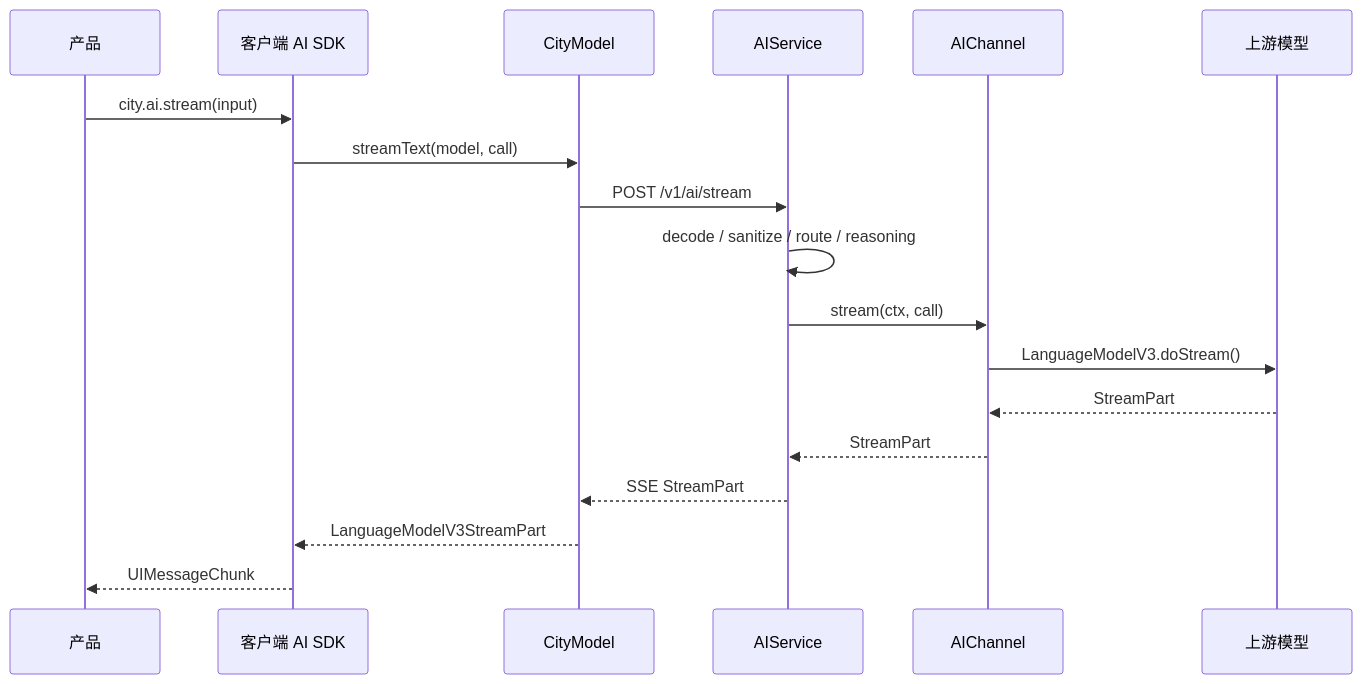
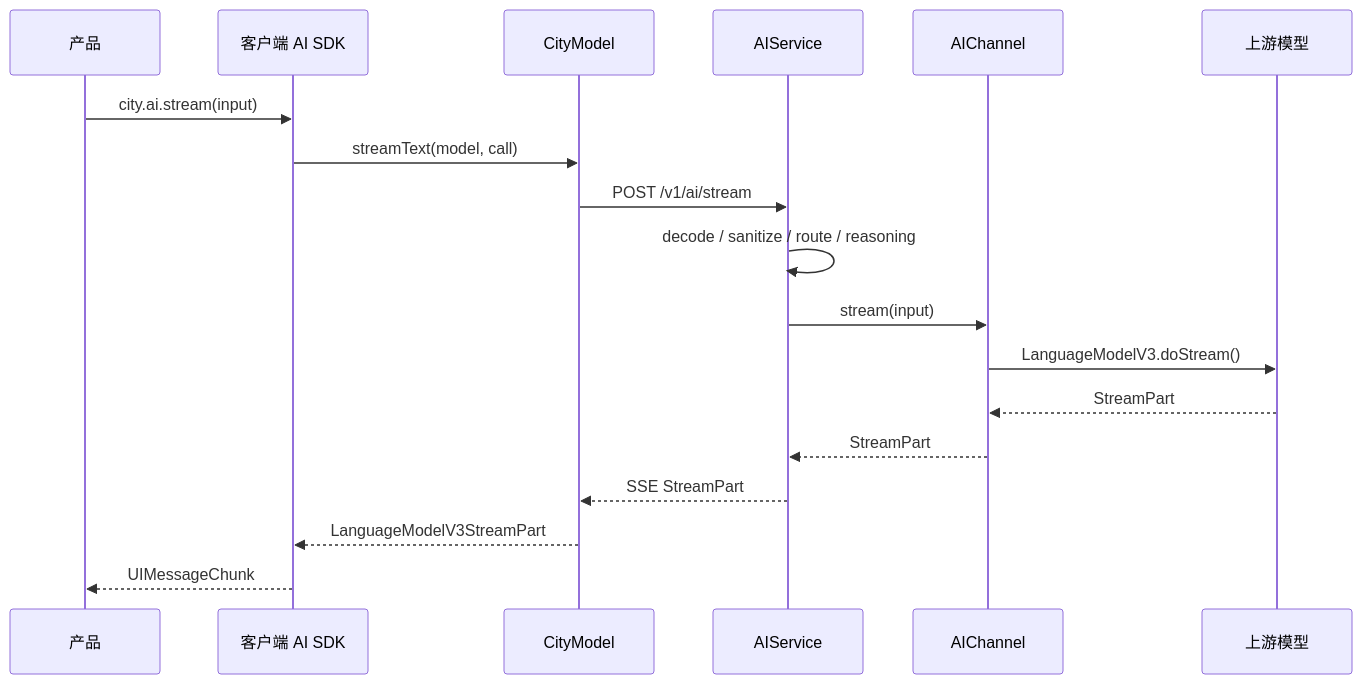
Before and after one commit to wangenius/downcity: the fourth of 5 diagrams in docs/city-ai-channel-city-model-prd.md, drawn with Mermaid. The commit also changed other lines of this file and 49 other files, not shown here.

````diff
--- a/docs/city-ai-channel-city-model-prd.md
+++ b/docs/city-ai-channel-city-model-prd.md
@@ -1096,21 +1129,21 @@
 ```mermaid
 sequenceDiagram
   participant Product as 产品
   participant ClientAI as 客户端 AI SDK
   participant CityModel as CityModel
   participant Service as AIService
   participant Channel as AIChannel
   participant Upstream as 上游模型
 
   Product->>ClientAI: city.ai.stream(input)
   ClientAI->>CityModel: streamText(model, call)
   CityModel->>Service: POST /v1/ai/stream
   Service->>Service: decode / sanitize / route / reasoning
-  Service->>Channel: stream(ctx, call)
+  Service->>Channel: stream(input)
   Channel->>Upstream: LanguageModelV3.doStream()
   Upstream-->>Channel: StreamPart
   Channel-->>Service: StreamPart
   Service-->>CityModel: SSE StreamPart
   CityModel-->>ClientAI: LanguageModelV3StreamPart
   ClientAI-->>Product: UIMessageChunk
 ```
````
